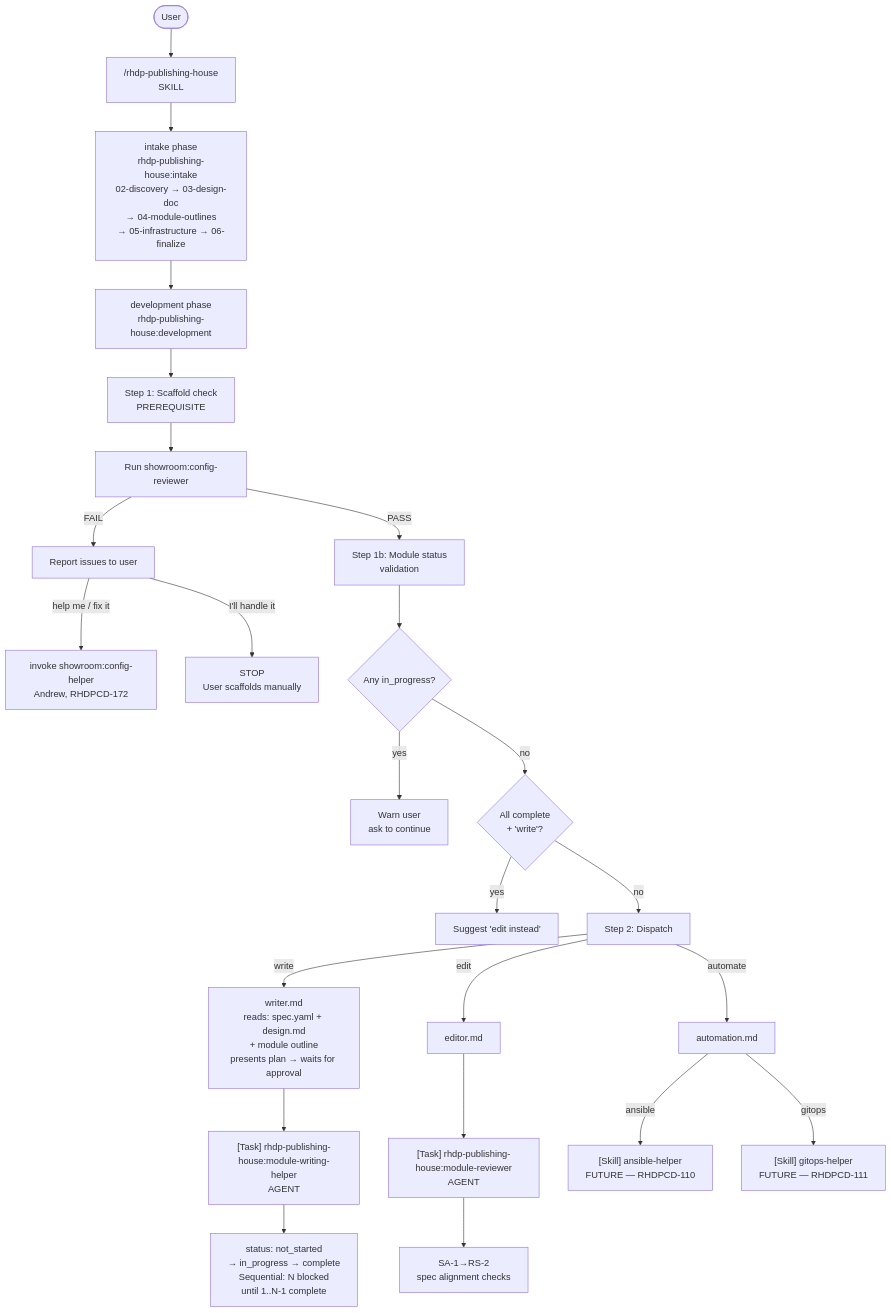
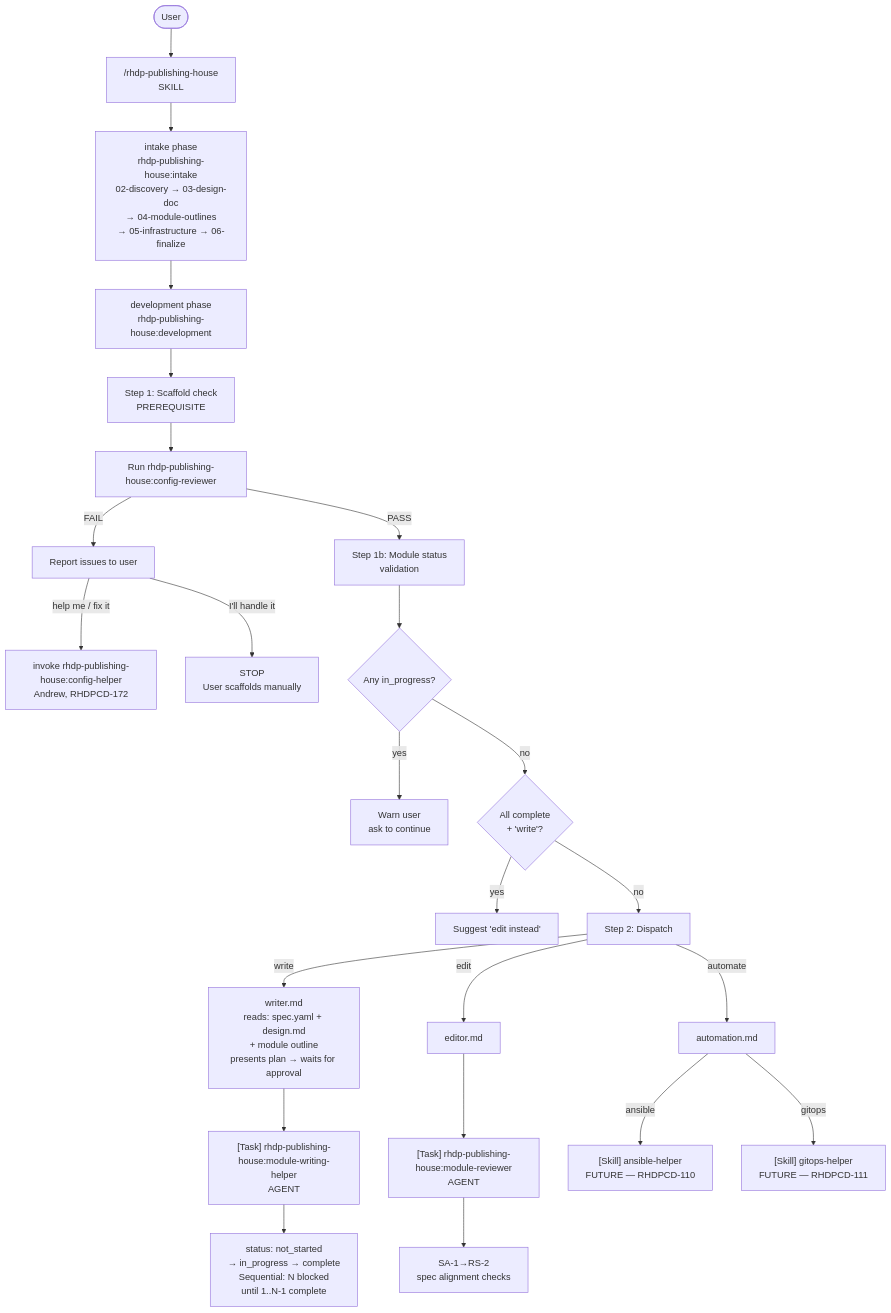
The diagram in skills/development/references/workflow-diagram.md (rhpds/rhdp-publishing-house-skills), drawn with Mermaid before and after one commit. The commit also changed other lines of this file and 2 other files, not shown here.

Commit message:
fix: RHDPCD-120 update config-helper and config-reviewer to rhdp-publishing-house namespace

````diff
--- a/skills/development/references/workflow-diagram.md
+++ b/skills/development/references/workflow-diagram.md
@@ -8,33 +8,33 @@
 ```mermaid
 flowchart TD
     User([User]) --> PH["/rhdp-publishing-house\nSKILL"]
 
     PH --> Intake["intake phase\nrhdp-publishing-house:intake\n02-discovery → 03-design-doc\n→ 04-module-outlines\n→ 05-infrastructure → 06-finalize"]
 
     Intake --> Dev["development phase\nrhdp-publishing-house:development"]
 
     Dev --> S1["Step 1: Scaffold check\nPREREQUISITE"]
-    S1 --> CR["Run showroom:config-reviewer"]
+    S1 --> CR["Run rhdp-publishing-house:config-reviewer"]
     CR -->|PASS| S1b["Step 1b: Module status\nvalidation"]
     CR -->|FAIL| Issues["Report issues to user"]
-    Issues -->|help me / fix it| CH["invoke showroom:config-helper\nAndrew, RHDPCD-172"]
+    Issues -->|help me / fix it| CH["invoke rhdp-publishing-house:config-helper\nAndrew, RHDPCD-172"]
     Issues -->|I'll handle it| STOP1["STOP\nUser scaffolds manually"]
 
     S1b --> InProgress{"Any in_progress?"}
     InProgress -->|yes| Warn["Warn user\nask to continue"]
     InProgress -->|no| AllComplete{"All complete\n+ 'write'?"}
     AllComplete -->|yes| Suggest["Suggest 'edit instead'"]
     AllComplete -->|no| S2["Step 2: Dispatch"]
 
     S2 -->|write| Writer["writer.md\nreads: spec.yaml + design.md\n+ module outline\npresents plan → waits for approval"]
     Writer --> MWH["[Task] rhdp-publishing-house:module-writing-helper\nAGENT"]
     MWH --> Status["status: not_started\n→ in_progress → complete\nSequential: N blocked\nuntil 1..N-1 complete"]
 
     S2 -->|edit| Editor["editor.md"]
     Editor --> MR["[Task] rhdp-publishing-house:module-reviewer\nAGENT"]
     MR --> Checks["SA-1→RS-2\nspec alignment checks"]
 
     S2 -->|automate| Auto["automation.md"]
     Auto -->|ansible| AH["[Skill] ansible-helper\nFUTURE — RHDPCD-110"]
     Auto -->|gitops| GH["[Skill] gitops-helper\nFUTURE — RHDPCD-111"]
 ```
````
